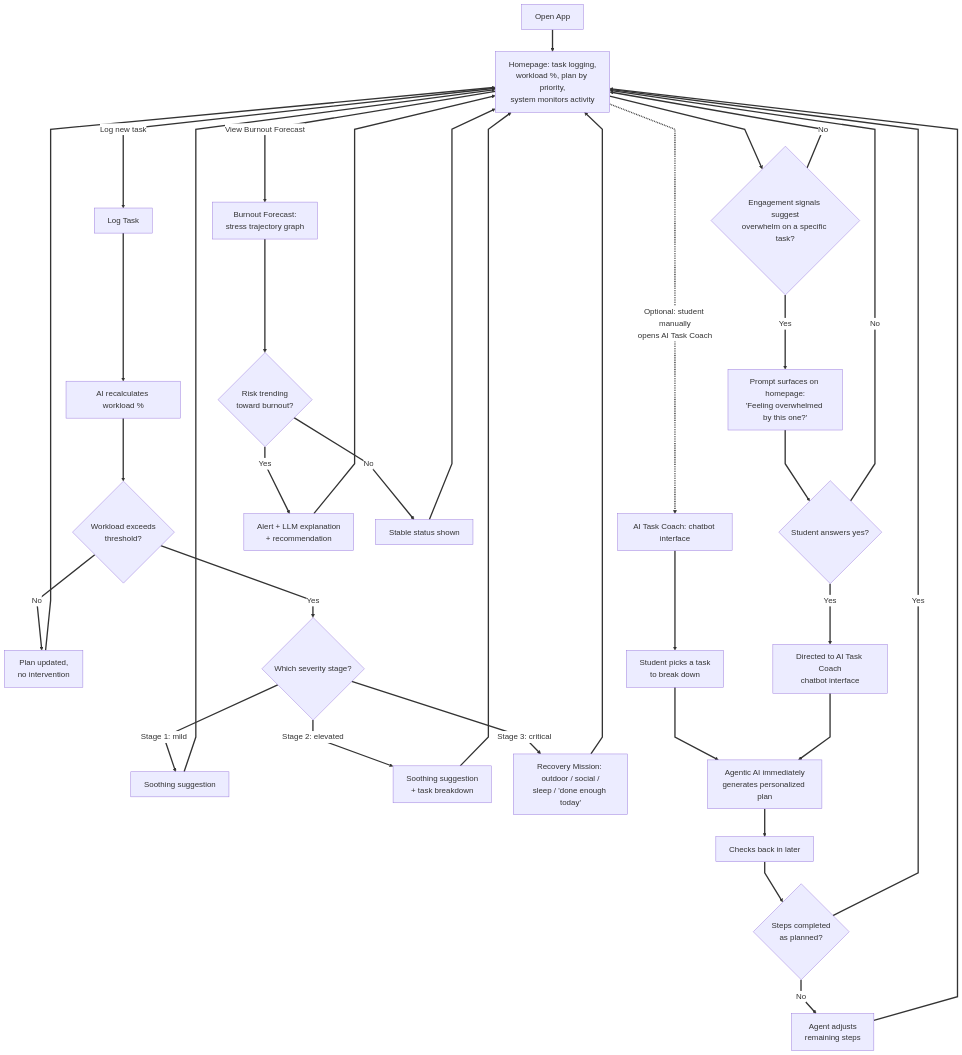
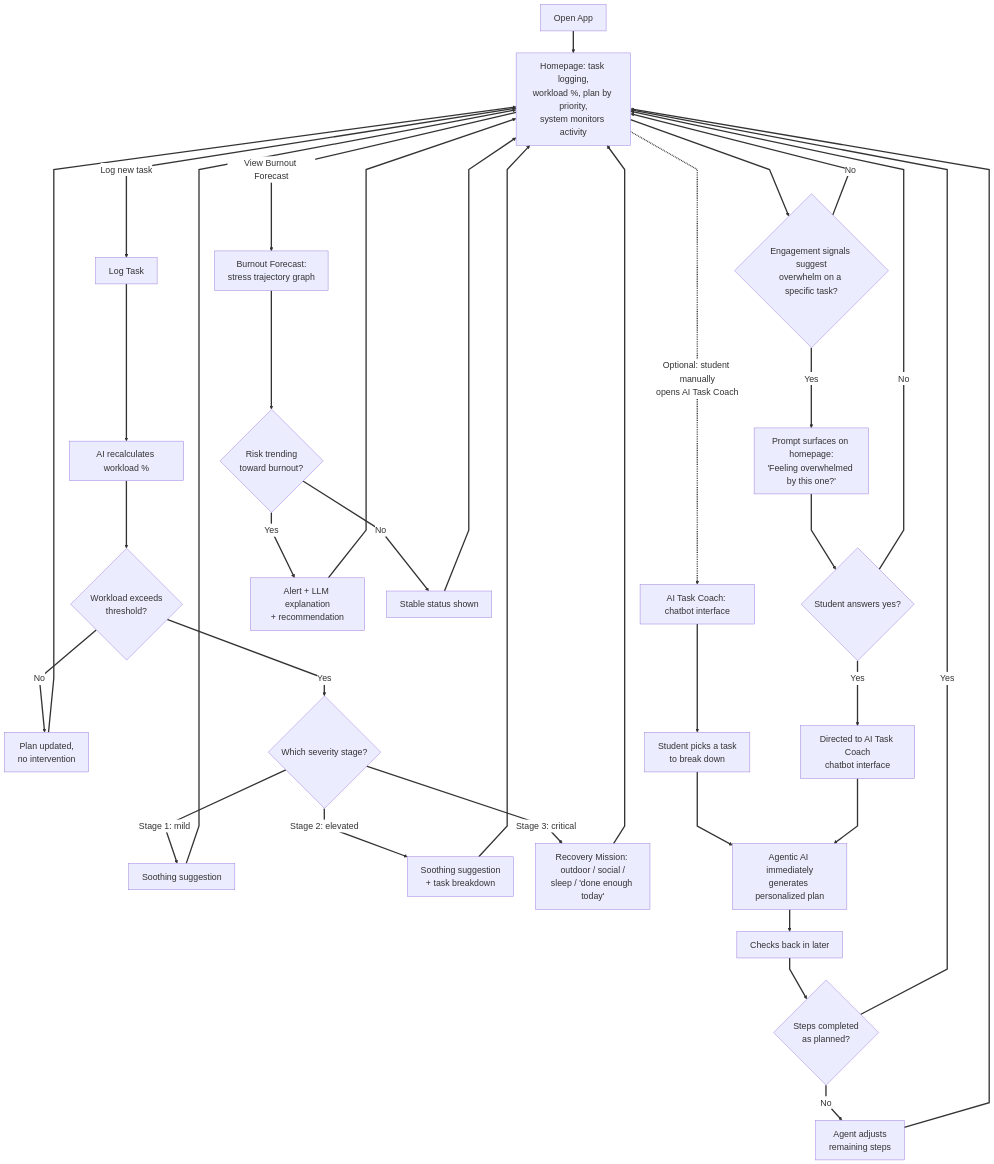
The diagram in README.md (ran-coder/AI-Stress-Manager-App), drawn with Mermaid before and after one commit.

Commit message:
Increase font size from 18px to 20px in README

````diff
--- a/README.md
+++ b/README.md
@@ -28,59 +28,59 @@
 ```mermaid
 %%{
   init: {
     "flowchart": {
       "htmlLabels": true,
       "curve": "linear"
     },
     "themeVariables": {
-      "fontSize": "18px",
+      "fontSize": "20px",
       "nodePadding": 15,
       "edgeLabelBackground": "#ffffff"
     }
   }
 }%%
 flowchart TD
-    classDef default font-size:18px;
+    classDef default font-size:20px;
     
     linkStyle default stroke-width:3px;
 
     A[Open App] --> B[Homepage: task logging,<br/>workload %, plan by priority,<br/>system monitors activity]
 
     B -->|Log new task| C[Log Task]
     C --> D[AI recalculates workload %]
     D --> E{Workload exceeds<br/>threshold?}
     E -->|No| J[Plan updated,<br/>no intervention]
     E -->|Yes| F{Which severity stage?}
     F -->|Stage 1: mild| G[Soothing suggestion]
     F -->|Stage 2: elevated| H[Soothing suggestion<br/>+ task breakdown]
     F -->|Stage 3: critical| I[Recovery Mission: outdoor / social /<br/>sleep / 'done enough today']
     G --> B
     H --> B
     I --> B
     J --> B
 
     B --> L{Engagement signals suggest<br/>overwhelm on a specific task?}
     L -->|No| B
     L -->|Yes| M["Prompt surfaces on homepage:<br/>'Feeling overwhelmed by this one?'"]
     M --> N{Student answers yes?}
     N -->|No| B
     N -->|Yes| K[Directed to AI Task Coach<br/>chatbot interface]
 
     B -.->|Optional: student manually<br/>opens AI Task Coach| K2[AI Task Coach: chatbot interface]
     K2 --> S[Student picks a task<br/>to break down]
     S --> O
 
     K --> O[Agentic AI immediately<br/>generates personalized plan]
     O --> P[Checks back in later]
     P --> Q{Steps completed<br/>as planned?}
     Q -->|Yes| B
     Q -->|No| R[Agent adjusts<br/>remaining steps]
     R --> B
 
     B --> |View Burnout Forecast| T[Burnout Forecast:<br/>stress trajectory graph]
     T --> U{Risk trending<br/>toward burnout?}
     U -->|Yes| V[Alert + LLM explanation<br/>+ recommendation]
     U -->|No| W[Stable status shown]
     V --> B
     W --> B
 ```
````
